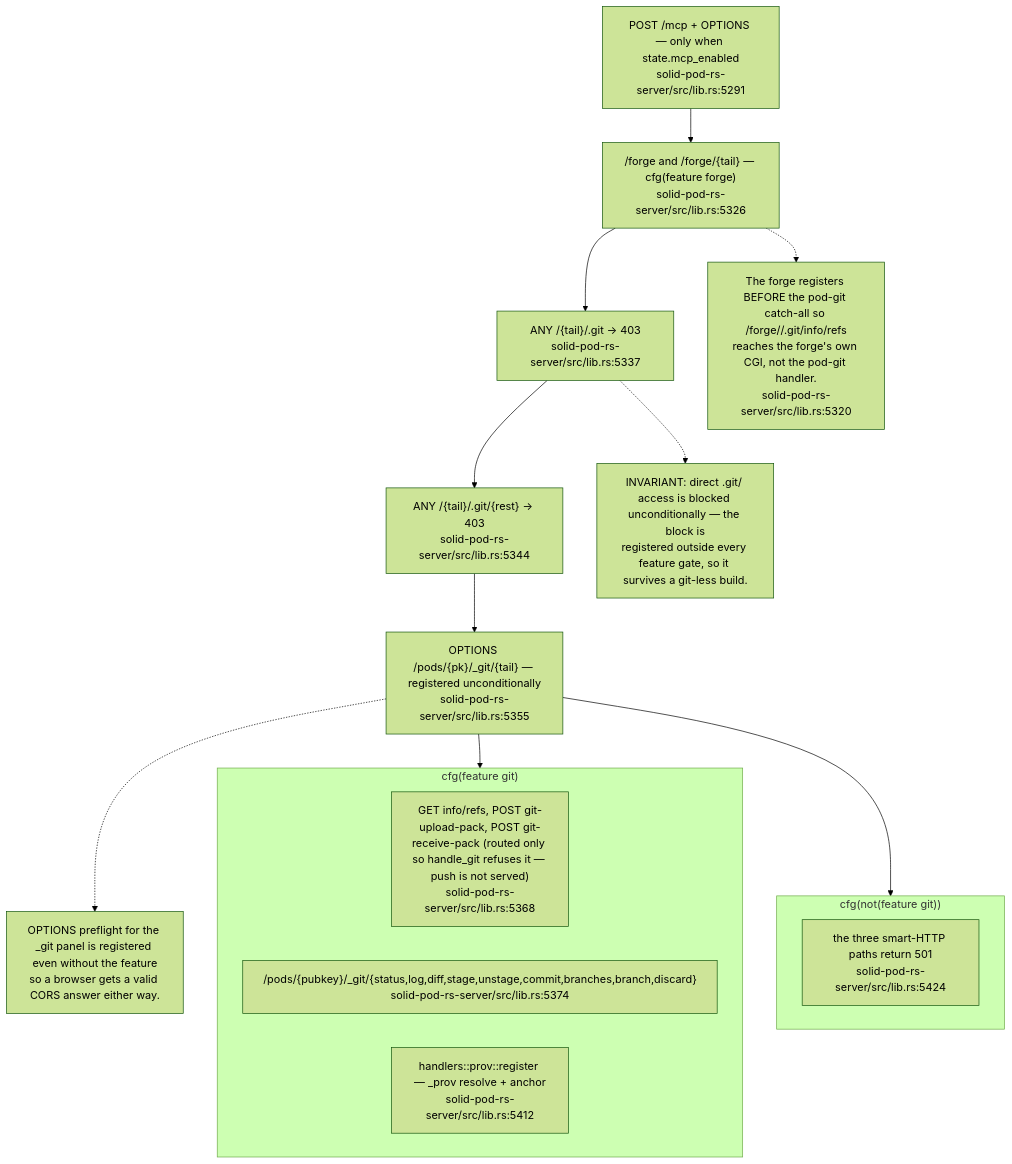
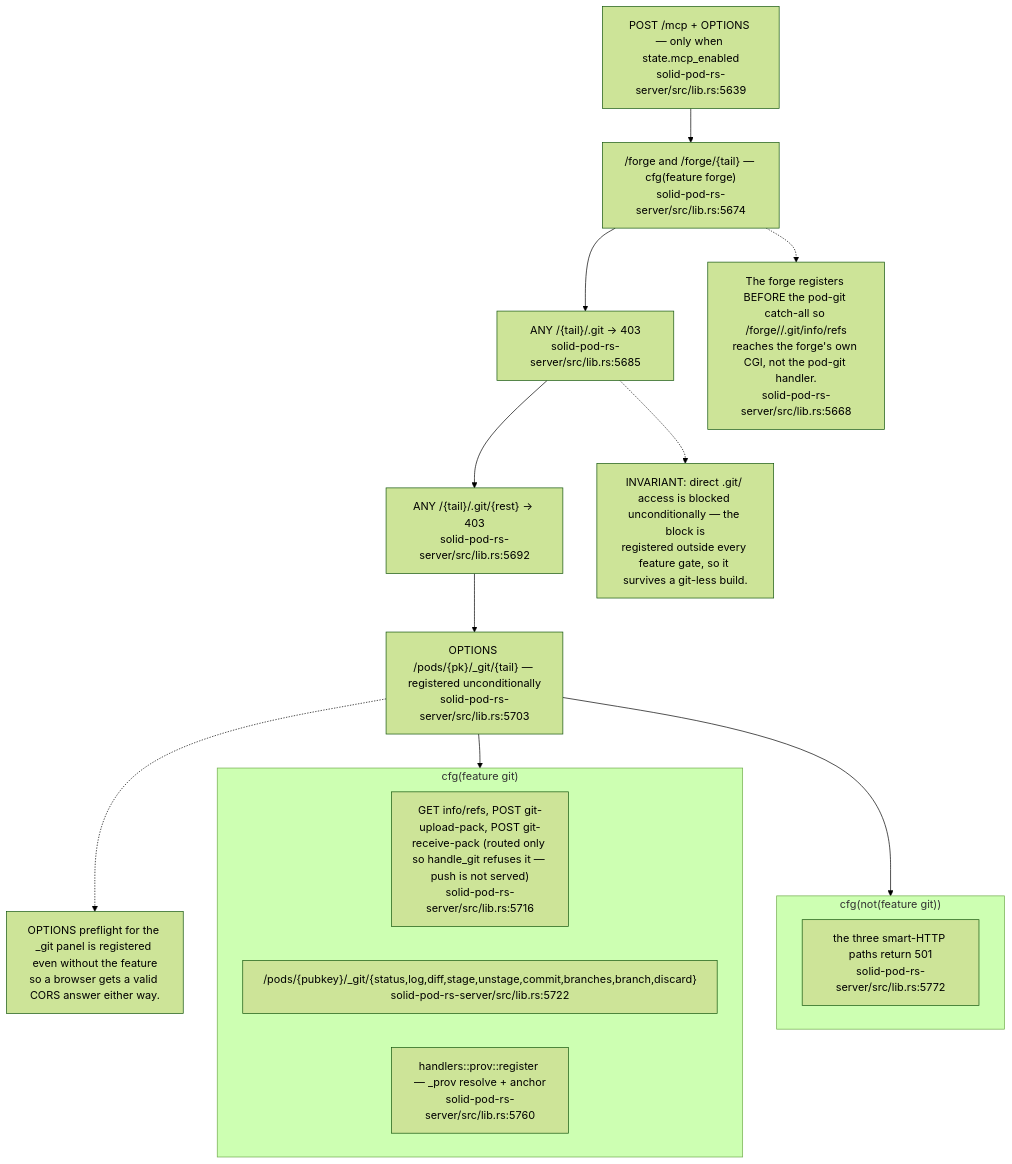
The ninth of 11 diagrams in docs/diagrams/solid-pod-rs/02-server-boot-and-routes.md (DreamLab-AI/VisionFlow), drawn with Mermaid (forest theme) before and after one commit. The commit also changed other lines of this file and 154 other files, not shown here.

First line of the commit message:
docs(diagrams): re-stamp 154 topics whose every citation still reads the same text at the current heads

````diff
--- a/docs/diagrams/solid-pod-rs/02-server-boot-and-routes.md
+++ b/docs/diagrams/solid-pod-rs/02-server-boot-and-routes.md
@@ -268,27 +268,27 @@
 ```mermaid
 flowchart TD
-    MCP["POST /mcp + OPTIONS — only when state.mcp_enabled<br/>solid-pod-rs-server/src/lib.rs:5291"]
-    FORGE["/forge and /forge/{tail} — cfg(feature forge)<br/>solid-pod-rs-server/src/lib.rs:5326"]
-    BLOCK1["ANY /{tail}/.git -> 403<br/>solid-pod-rs-server/src/lib.rs:5337"]
-    BLOCK2["ANY /{tail}/.git/{rest} -> 403<br/>solid-pod-rs-server/src/lib.rs:5344"]
-    PANEL_OPT["OPTIONS /pods/{pk}/_git/{tail} — registered unconditionally<br/>solid-pod-rs-server/src/lib.rs:5355"]
+    MCP["POST /mcp + OPTIONS — only when state.mcp_enabled<br/>solid-pod-rs-server/src/lib.rs:5639"]
+    FORGE["/forge and /forge/{tail} — cfg(feature forge)<br/>solid-pod-rs-server/src/lib.rs:5674"]
+    BLOCK1["ANY /{tail}/.git -> 403<br/>solid-pod-rs-server/src/lib.rs:5685"]
+    BLOCK2["ANY /{tail}/.git/{rest} -> 403<br/>solid-pod-rs-server/src/lib.rs:5692"]
+    PANEL_OPT["OPTIONS /pods/{pk}/_git/{tail} — registered unconditionally<br/>solid-pod-rs-server/src/lib.rs:5703"]
 
     subgraph GITON["cfg(feature git)"]
-        SMART["GET info/refs, POST git-upload-pack, POST git-receive-pack (routed only so handle_git refuses it — push is not served)<br/>solid-pod-rs-server/src/lib.rs:5368"]
-        PANEL["/pods/{pubkey}/_git/{status,log,diff,stage,unstage,commit,branches,branch,discard}<br/>solid-pod-rs-server/src/lib.rs:5374"]
-        PROVR["handlers::prov::register — _prov resolve + anchor<br/>solid-pod-rs-server/src/lib.rs:5412"]
+        SMART["GET info/refs, POST git-upload-pack, POST git-receive-pack (routed only so handle_git refuses it — push is not served)<br/>solid-pod-rs-server/src/lib.rs:5716"]
+        PANEL["/pods/{pubkey}/_git/{status,log,diff,stage,unstage,commit,branches,branch,discard}<br/>solid-pod-rs-server/src/lib.rs:5722"]
+        PROVR["handlers::prov::register — _prov resolve + anchor<br/>solid-pod-rs-server/src/lib.rs:5760"]
     end
     subgraph GITOFF["cfg(not(feature git))"]
-        R501["the three smart-HTTP paths return 501<br/>solid-pod-rs-server/src/lib.rs:5424"]
+        R501["the three smart-HTTP paths return 501<br/>solid-pod-rs-server/src/lib.rs:5772"]
     end
 
     MCP --> FORGE --> BLOCK1 --> BLOCK2 --> PANEL_OPT --> GITON
     PANEL_OPT --> GITOFF
 
     N1["INVARIANT: direct .git/ access is blocked unconditionally — the block is\nregistered outside every feature gate, so it survives a git-less build."]
     BLOCK1 -.-> N1
-    N2["The forge registers BEFORE the pod-git catch-all so /forge/<o>/<n>.git/info/refs\nreaches the forge's own CGI, not the pod-git handler.<br/>solid-pod-rs-server/src/lib.rs:5320"]
+    N2["The forge registers BEFORE the pod-git catch-all so /forge/<o>/<n>.git/info/refs\nreaches the forge's own CGI, not the pod-git handler.<br/>solid-pod-rs-server/src/lib.rs:5668"]
     FORGE -.-> N2
     N3["OPTIONS preflight for the _git panel is registered even without the feature\nso a browser gets a valid CORS answer either way."]
     PANEL_OPT -.-> N3
 ```
````
